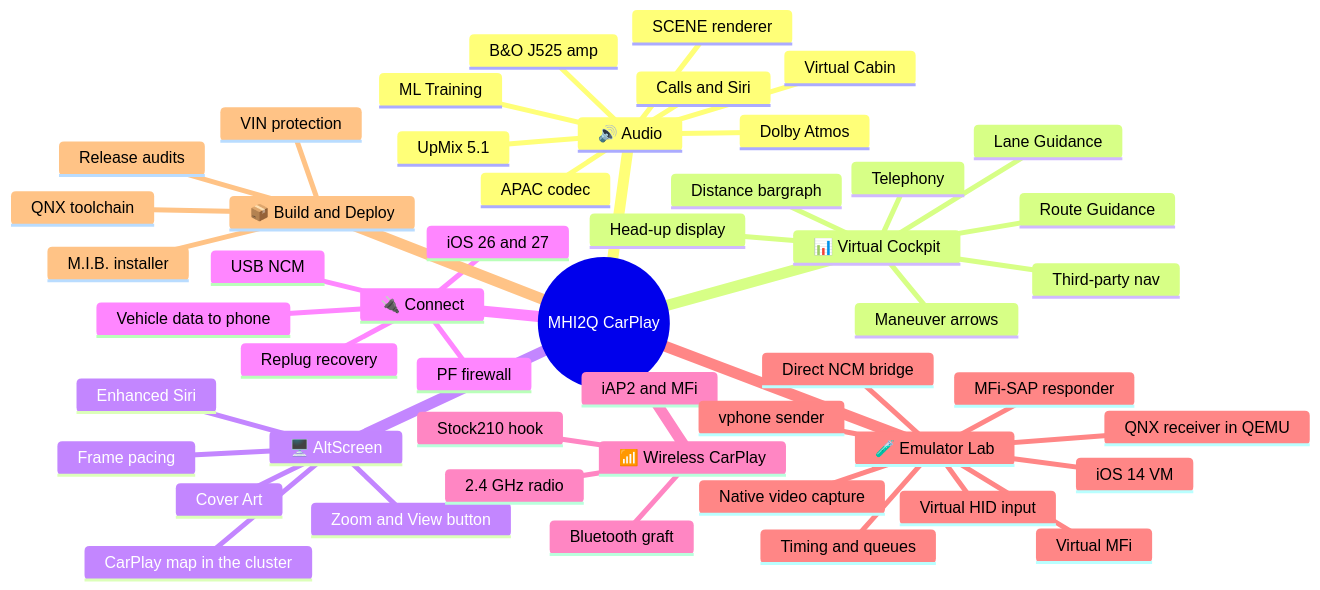
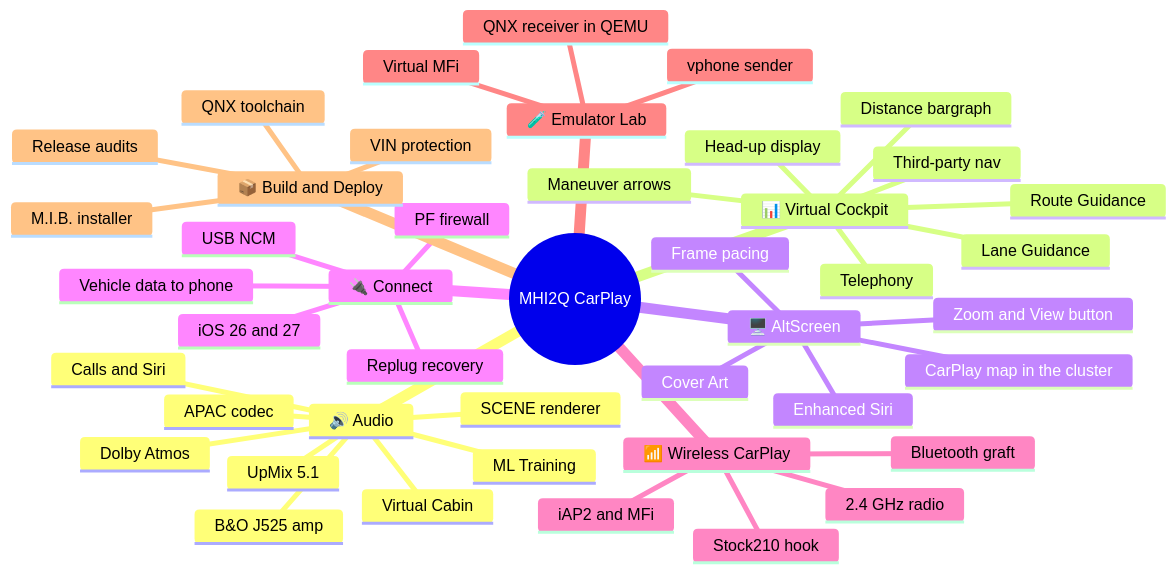
Before and after one commit to luka-dev/mib2q-carplay-rgi: the diagram in README.md, drawn with Mermaid.

Commit message:
docs: trim emulator lab branch of the README mindmap

````diff
--- a/README.md
+++ b/README.md
@@ -118,53 +118,47 @@
 ```mermaid
 mindmap
   root((MHI2Q CarPlay))
     🔊 Audio
       UpMix 5.1
       SCENE renderer
       ML Training
       Virtual Cabin
       B&O J525 amp
       Dolby Atmos
       APAC codec
       Calls and Siri
     📊 Virtual Cockpit
       Route Guidance
       Maneuver arrows
       Lane Guidance
       Distance bargraph
       Head-up display
       Telephony
       Third-party nav
     🖥️ AltScreen
       CarPlay map in the cluster
       Frame pacing
       Zoom and View button
       Cover Art
       Enhanced Siri
     🔌 Connect
       USB NCM
       Replug recovery
       iOS 26 and 27
       Vehicle data to phone
       PF firewall
     📶 Wireless CarPlay
       Stock210 hook
       Bluetooth graft
       iAP2 and MFi
       2.4 GHz radio
     🧪 Emulator Lab
       vphone sender
       QNX receiver in QEMU
       Virtual MFi
-      MFi-SAP responder
-      Direct NCM bridge
-      Virtual HID input
-      Native video capture
-      Timing and queues
-      iOS 14 VM
     📦 Build and Deploy
       QNX toolchain
       M.I.B. installer
       VIN protection
       Release audits
 ```
````
